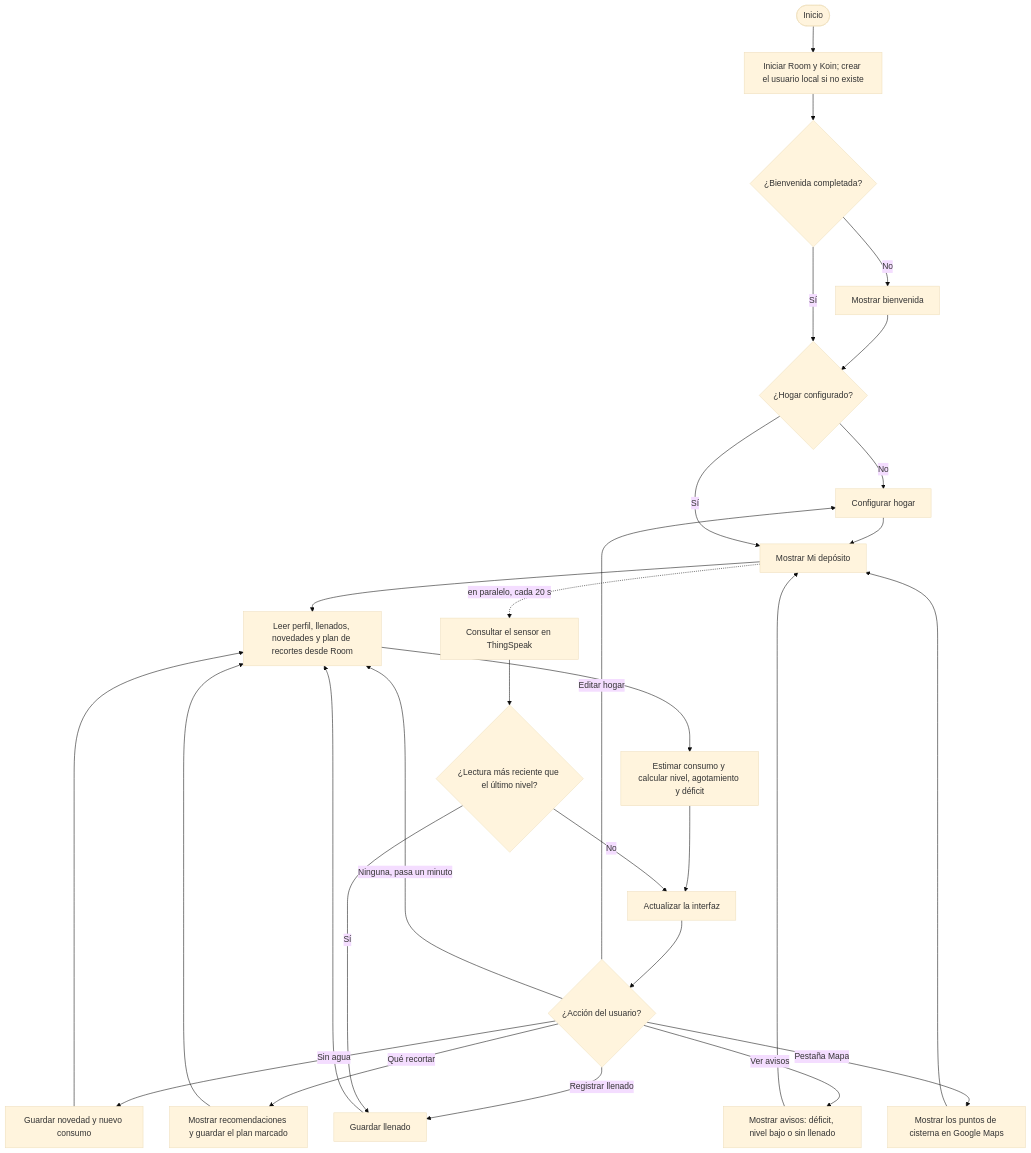
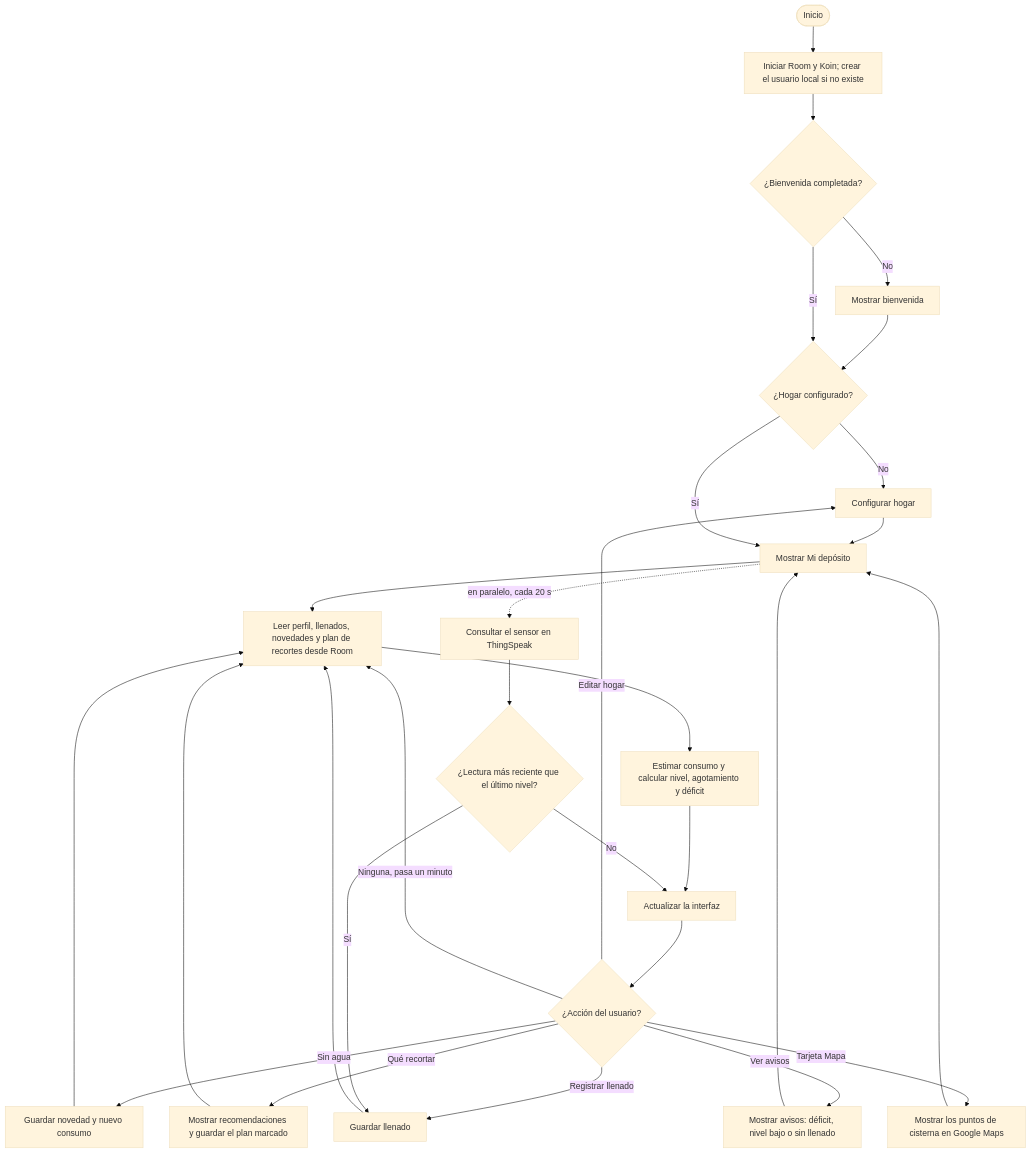
Before and after one commit to Cristhian465/Aguarda: diagram 20 of 22 in informes/FD04-SAD.md, drawn with Mermaid (base theme). The commit also changed other lines of this file and 33 other files, not shown here.

````diff
--- a/informes/FD04-SAD.md
+++ b/informes/FD04-SAD.md
@@ -829,31 +829,31 @@
 ```mermaid
 flowchart TD
     A([Inicio]) --> B[Iniciar Room y Koin; crear el usuario local si no existe]
     B --> C{¿Bienvenida completada?}
     C -- No --> D[Mostrar bienvenida]
     D --> E
     C -- Sí --> E{¿Hogar configurado?}
     E -- No --> F[Configurar hogar]
     F --> G
     E -- Sí --> G[Mostrar Mi depósito]
     G --> H[Leer perfil, llenados, novedades y plan de recortes desde Room]
     H --> I[Estimar consumo y calcular nivel, agotamiento y déficit]
     I --> J[Actualizar la interfaz]
     J --> K{¿Acción del usuario?}
     K -- Registrar llenado --> L[Guardar llenado]
     K -- Sin agua --> M[Guardar novedad y nuevo consumo]
     K -- Qué recortar --> N[Mostrar recomendaciones y guardar el plan marcado]
     K -- Ver avisos --> O[Mostrar avisos: déficit, nivel bajo o sin llenado]
-    K -- Pestaña Mapa --> P[Mostrar los puntos de cisterna en Google Maps]
+    K -- Tarjeta Mapa --> P[Mostrar los puntos de cisterna en Google Maps]
     K -- Editar hogar --> F
     K -- Ninguna, pasa un minuto --> H
     G -. en paralelo, cada 20 s .-> S1[Consultar el sensor en ThingSpeak]
     S1 --> S2{¿Lectura más reciente que el último nivel?}
     S2 -- Sí --> L
     S2 -- No --> J
     L --> H
     M --> H
     N --> H
     O --> G
     P --> G
 ```
````
